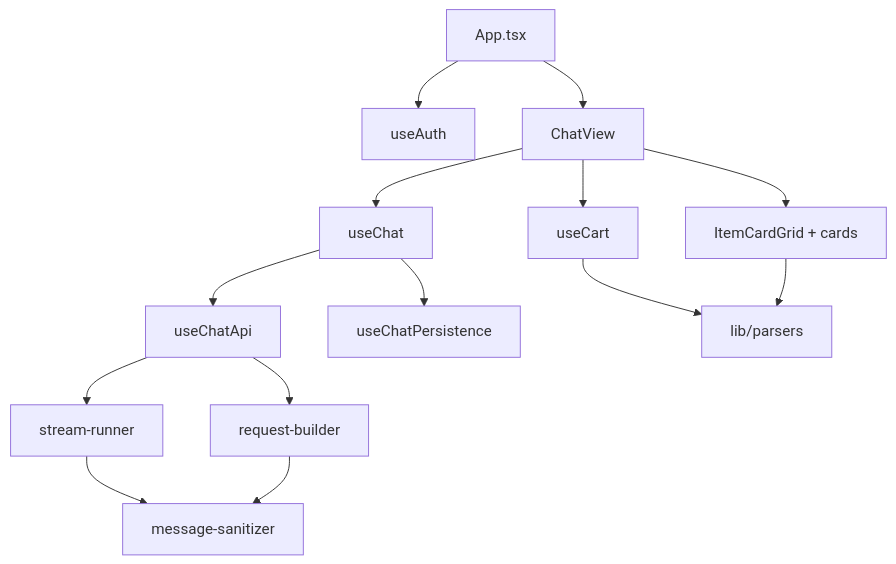
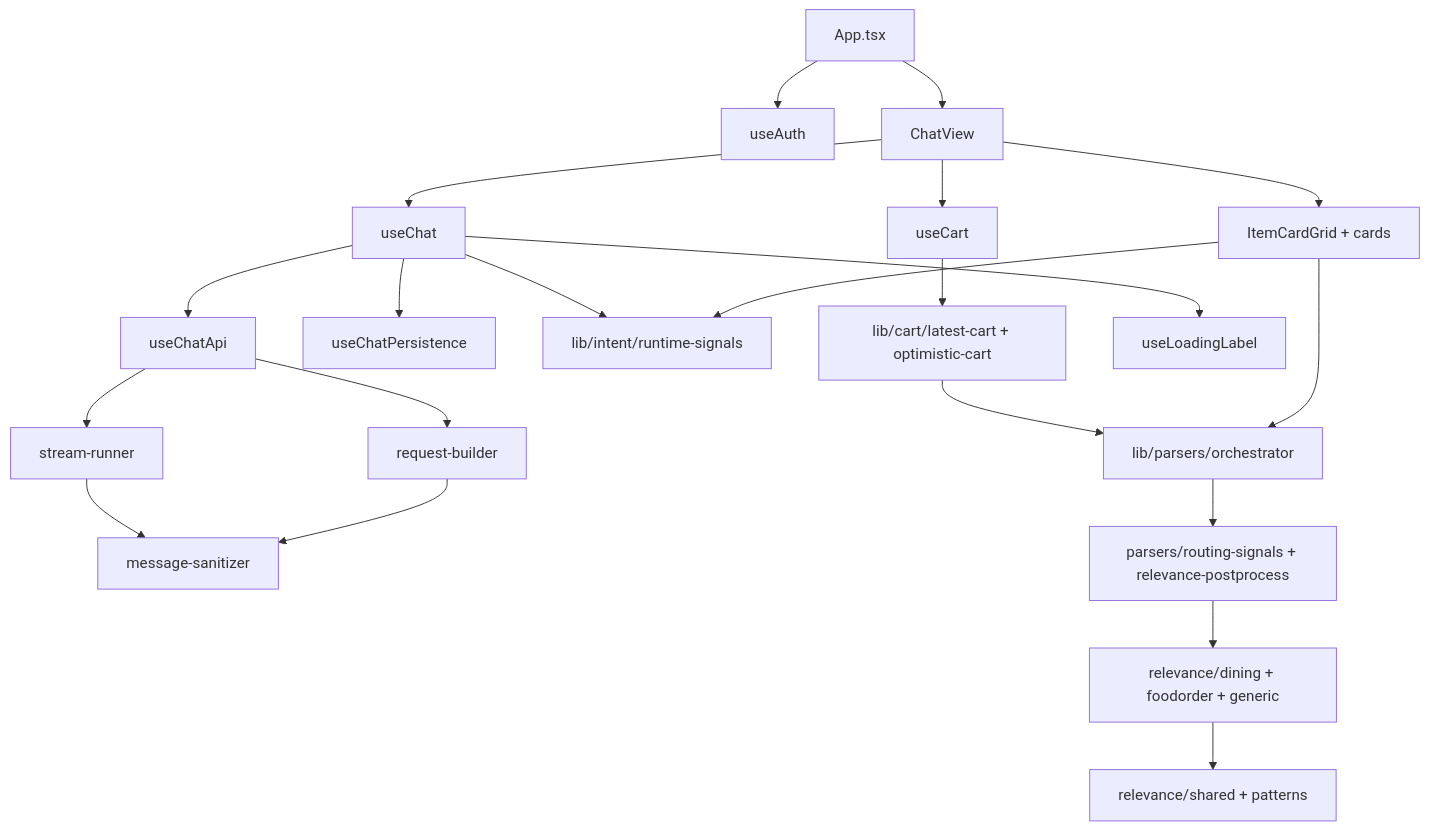
Before and after one commit to KartikeShukla/swiggy-mcp-demo: the diagram in docs/DEPENDENCY_GRAPH.md, drawn with Mermaid. The commit also changed other lines of this file and 45 other files, not shown here.

Commit message:
refactor: harden AI runtime, parser pipeline, and docs

````diff
--- a/docs/DEPENDENCY_GRAPH.md
+++ b/docs/DEPENDENCY_GRAPH.md
@@ -6,29 +6,42 @@
 ```mermaid
 graph TD
   App[App.tsx]
   Auth[useAuth]
   ChatView[ChatView]
   Chat[useChat]
   ChatApi[useChatApi]
   Persistence[useChatPersistence]
   Cart[useCart]
+  IntentSignals[lib/intent/runtime-signals]
   RequestBuilder[request-builder]
   StreamRunner[stream-runner]
   Sanitizer[message-sanitizer]
-  Parsers[lib/parsers]
+  CartState[lib/cart/latest-cart + optimistic-cart]
+  LoadingLabel[useLoadingLabel]
+  Parsers[lib/parsers/orchestrator]
+  ParserHelpers[parsers/routing-signals + relevance-postprocess]
+  RelevanceShared[relevance/shared + patterns]
+  RelevanceVertical[relevance/dining + foodorder + generic]
   Cards[ItemCardGrid + cards]
 
   App --> Auth
   App --> ChatView
   ChatView --> Chat
   ChatView --> Cart
   Chat --> ChatApi
   Chat --> Persistence
+  Chat --> IntentSignals
+  Chat --> LoadingLabel
   ChatApi --> RequestBuilder
   ChatApi --> StreamRunner
   StreamRunner --> Sanitizer
   RequestBuilder --> Sanitizer
-  Cart --> Parsers
+  Cart --> CartState
+  CartState --> Parsers
+  Parsers --> ParserHelpers
+  ParserHelpers --> RelevanceVertical
+  RelevanceVertical --> RelevanceShared
   ChatView --> Cards
   Cards --> Parsers
+  Cards --> IntentSignals
 ```
````
